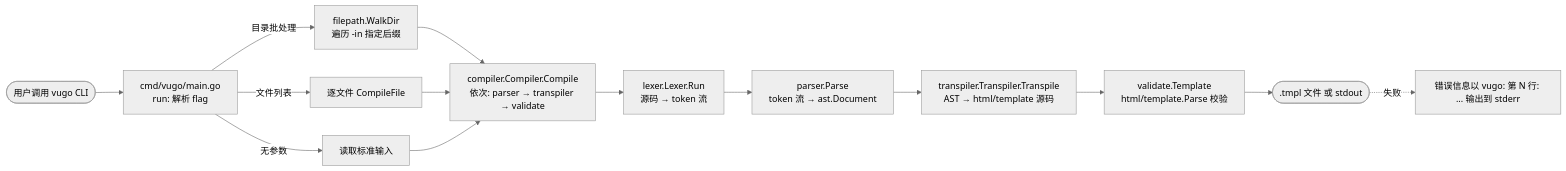
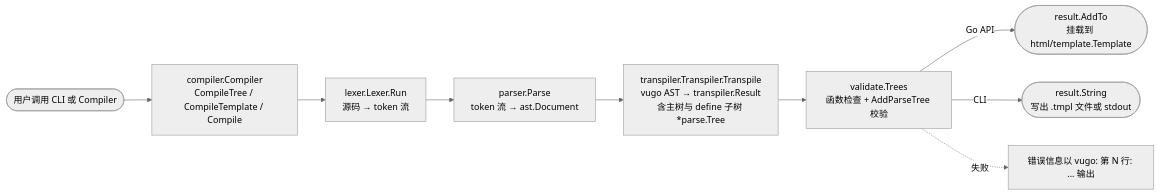
Before and after one commit to quhongbin/vugo: the first of 4 diagrams in README.md, drawn with Mermaid (neutral theme). The commit also changed other lines of this file and 38 other files, not shown here.

Commit message:
Refactored: the project logic and injected it directly into the `parse.tree` interface of `html/template`.

````diff
--- a/README.md
+++ b/README.md
@@ -171,19 +187,13 @@
 ```mermaid
 flowchart LR
-    User([用户调用 vugo CLI]) --> Main[cmd/vugo/main.go<br/>run: 解析 flag]
-    Main -->|目录批处理| Walk[filepath.WalkDir<br/>遍历 -in 指定后缀]
-    Main -->|文件列表| Loop[逐文件 CompileFile]
-    Main -->|无参数| Stdin[读取标准输入]
-
-    Walk --> Comp[compiler.Compiler.Compile<br/>依次: parser → transpiler → validate]
-    Loop --> Comp
-    Stdin --> Comp
+    User([用户调用 CLI 或 Compiler]) --> Comp[compiler.Compiler<br/>CompileTree / CompileTemplate / Compile]
 
     Comp --> Lex[lexer.Lexer.Run<br/>源码 → token 流]
     Lex --> Parse[parser.Parse<br/>token 流 → ast.Document]
-    Parse --> Trans[transpiler.Transpiler.Transpile<br/>AST → html/template 源码]
-    Trans --> Valid[validate.Template<br/>html/template.Parse 校验]
-    Valid --> Out([.tmpl 文件 或 stdout])
+    Parse --> Trans[transpiler.Transpiler.Transpile<br/>vugo AST → transpiler.Result<br/>含主树与 define 子树 *parse.Tree]
+    Trans --> Valid[validate.Trees<br/>函数检查 + AddParseTree 校验]
+    Valid -->|Go API| AddTree([result.AddTo<br/>挂载到 html/template.Template])
+    Valid -->|CLI| Out([result.String<br/>写出 .tmpl 文件或 stdout])
 
-    Out -.失败.-> Err[错误信息以 vugo: 第 N 行: ... 输出到 stderr]
+    Valid -.失败.-> Err[错误信息以 vugo: 第 N 行: ... 输出]
 ```
````
